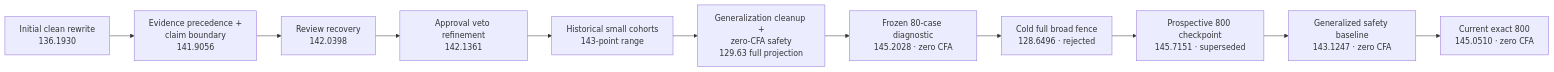
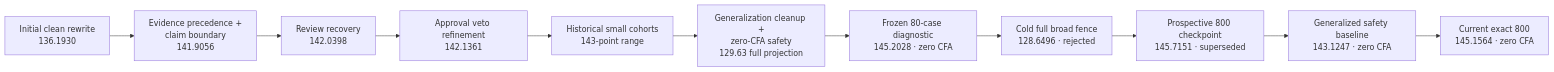
One commit to midasavocado/mib-doc-challenge-solution changed the fourth of 5 diagrams in MEMO.md. Above: the diagram before and after it, drawn with Mermaid. The commit also changed other lines of this file and 4 other files, not shown here.

````diff
--- a/MEMO.md
+++ b/MEMO.md
@@ -498,14 +499,14 @@
 ```mermaid
 flowchart LR
     A["Initial clean rewrite<br/>136.1930"] -->
     B["Evidence precedence +<br/>claim boundary<br/>141.9056"] -->
     C["Review recovery<br/>142.0398"] -->
     D["Approval veto refinement<br/>142.1361"] -->
     E["Historical small cohorts<br/>143-point range"] -->
     F["Generalization cleanup +<br/>zero-CFA safety<br/>129.63 full projection"] -->
     G["Frozen 80-case diagnostic<br/>145.2028 · zero CFA"] -->
     H["Cold full broad fence<br/>128.6496 · rejected"] -->
     I["Prospective 800 checkpoint<br/>145.7151 · superseded"] -->
     J["Generalized safety baseline<br/>143.1247 · zero CFA"] -->
-    K["Current exact 800<br/>145.0510 · zero CFA"]
+    K["Current exact 800<br/>145.1564 · zero CFA"]
 ```
````
